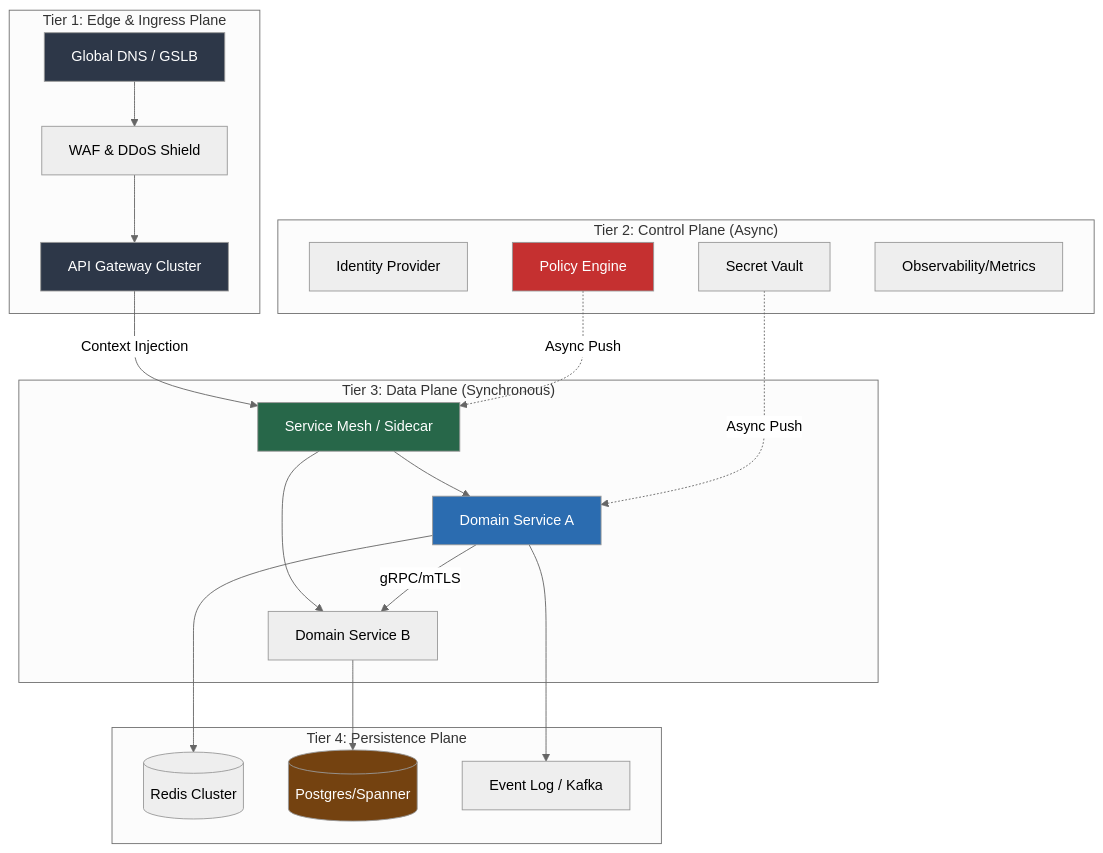
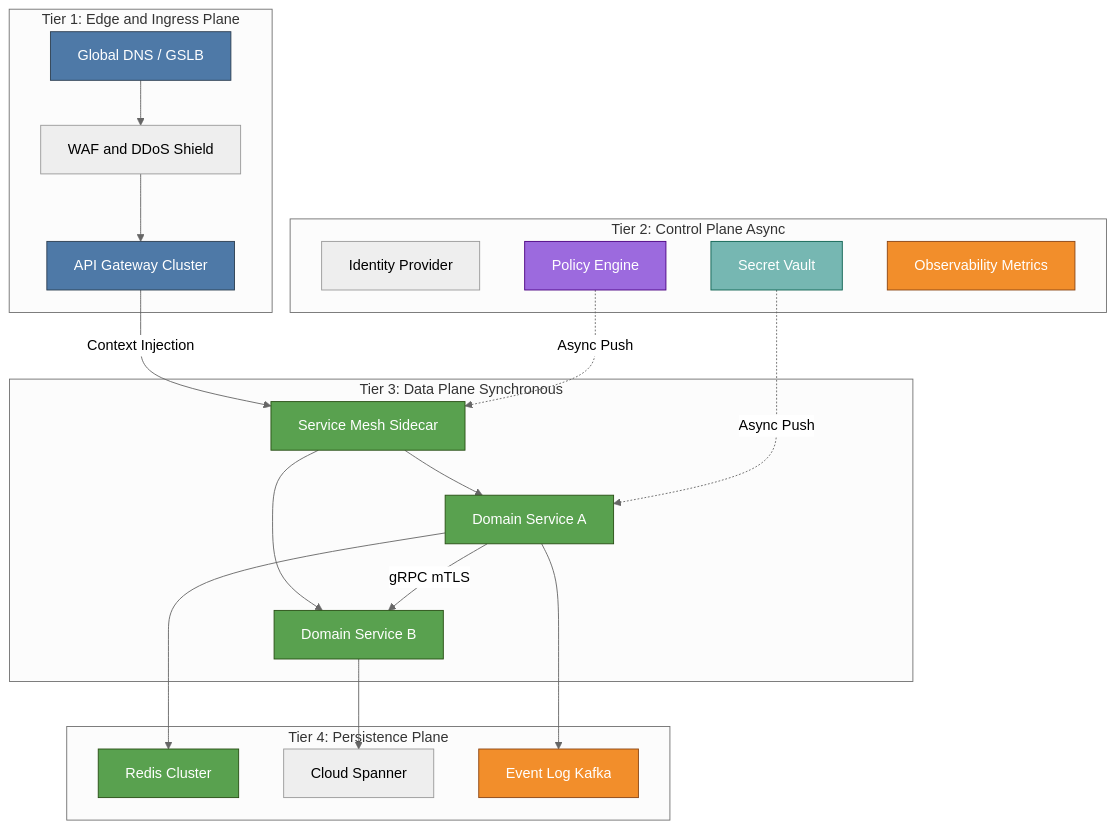
One commit to gchaitanyabharath9/omnigcloud changed the fourth of 11 diagrams in src/app/[locale]/research/papers/a1-cloud-native-enterprise-reference/A1-PAPER-FULL.md. Above: the diagram before and after it, drawn with Mermaid (neutral theme). The commit also changed other lines of this file and 40 other files, not shown here.

````diff
--- a/src/app/[locale]/research/papers/a1-cloud-native-enterprise-reference/A1-PAPER-FULL.md
+++ b/src/app/[locale]/research/papers/a1-cloud-native-enterprise-reference/A1-PAPER-FULL.md
@@ -157,37 +272,43 @@
 ```mermaid
 graph TD
-    subgraph Tier1["Tier 1: Edge & Ingress Plane"]
-        DNS[Global DNS / GSLB] --> WAF[WAF & DDoS Shield]
-        WAF --> API[API Gateway Cluster]
+    classDef Control fill:#4E79A7,stroke:#2C3E50,color:#fff;
+    classDef Data fill:#59A14F,stroke:#274E13,color:#fff;
+    classDef Policy fill:#9C6ADE,stroke:#4B0082,color:#fff;
+    classDef Obs fill:#F28E2B,stroke:#8B4513,color:#fff;
+    classDef Risk fill:#E15759,stroke:#7B241C,color:#fff;
+    classDef State fill:#76B7B2,stroke:#0E6251,color:#fff;
+    classDef Actor fill:#BAB0AC,stroke:#515A5A,color:#000;
+    subgraph Tier1 ["Tier 1: Edge and Ingress Plane"]
+    DNS["Global DNS / GSLB"] --> WAF["WAF and DDoS Shield"]
+    WAF --> API["API Gateway Cluster"]
     end
-
-    subgraph Tier2["Tier 2: Control Plane (Async)"]
-        IdP[Identity Provider]
-        Vault[Secret Vault]
-        Policy[Policy Engine]
-        Obs[Observability/Metrics]
+    subgraph Tier2 ["Tier 2: Control Plane Async"]
+    IdP["Identity Provider"]
+    Vault["Secret Vault"]
+    Policy["Policy Engine"]
+    Obs["Observability Metrics"]
     end
-
-    subgraph Tier3["Tier 3: Data Plane (Synchronous)"]
-        Mesh[Service Mesh / Sidecar] --> SvcA[Domain Service A]
-        Mesh --> SvcB[Domain Service B]
-        SvcA -->|gRPC/mTLS| SvcB
+    subgraph Tier3 ["Tier 3: Data Plane Synchronous"]
+    Mesh["Service Mesh Sidecar"] --> SvcA["Domain Service A"]
+    Mesh --> SvcB["Domain Service B"]
+    SvcA -->|gRPC mTLS| SvcB
     end
-
-    subgraph Tier4["Tier 4: Persistence Plane"]
-        SvcA --> Cache[(Redis Cluster)]
-        SvcB --> DB[(Postgres/Spanner)]
-        SvcA --> Stream[Event Log / Kafka]
+    subgraph Tier4 ["Tier 4: Persistence Plane"]
+    SvcA --> Cache["Redis Cluster"]
+    SvcB --> DB["Cloud Spanner"]
+    SvcA --> Stream["Event Log Kafka"]
     end
-
     API -->|Context Injection| Mesh
     Policy -.->|Async Push| Mesh
     Vault -.->|Async Push| SvcA
-
-    style DNS fill:#2d3748,color:#fff
-    style API fill:#2d3748,color:#fff
-    style Policy fill:#c53030,color:#fff
-    style Mesh fill:#276749,color:#fff
-    style SvcA fill:#2b6cb0,color:#fff
-    style DB fill:#744210,color:#fff
+    class DNS Control;
+    class API Control;
+    class Vault State;
+    class Policy Policy;
+    class Obs Obs;
+    class Mesh Data;
+    class SvcA Data;
+    class SvcB Data;
+    class Cache Data;
+    class Stream Obs;
 ```
````
